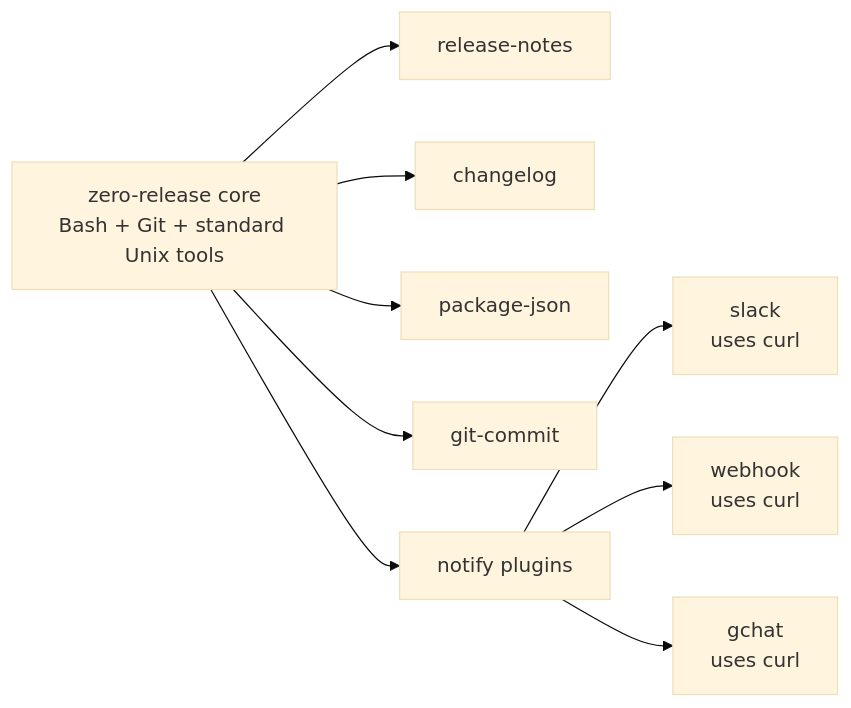
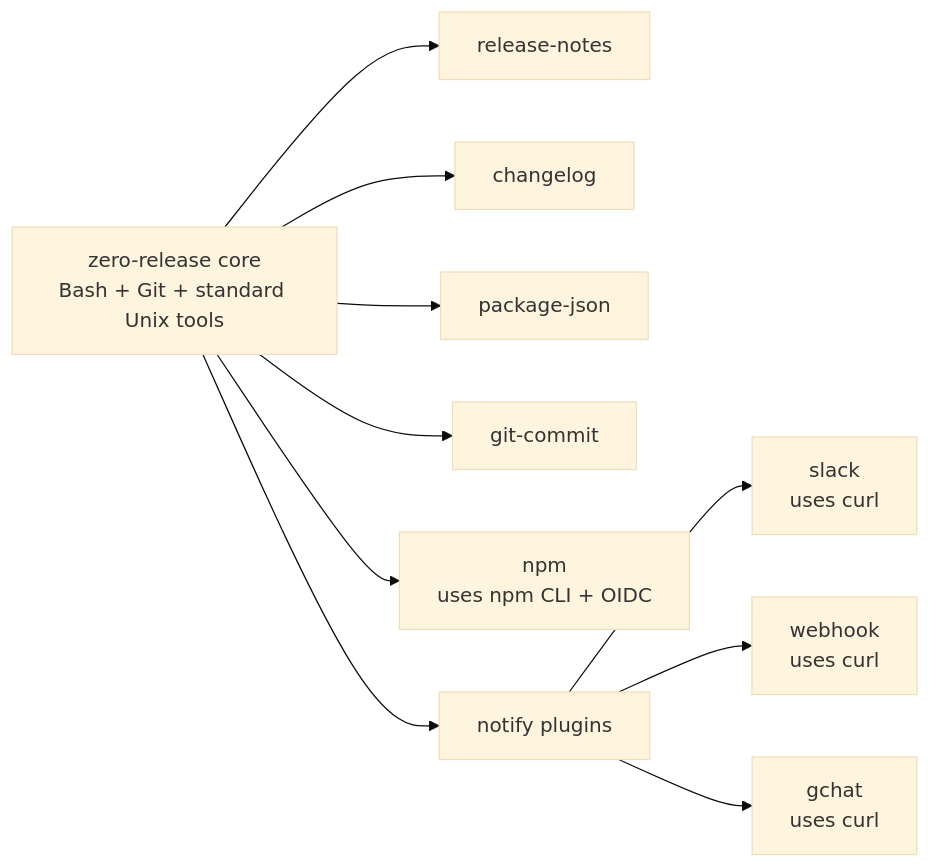
One commit to zero-release/zero-release changed the second of 2 diagrams in README.md. Above: the diagram before and after it, drawn with Mermaid (base theme). The commit also changed other lines of this file and 5 other files, not shown here.

````diff
--- a/README.md
+++ b/README.md
@@ -325,12 +380,13 @@
 ```mermaid
 flowchart LR
   Core[zero-release core<br/>Bash + Git + standard Unix tools] --> Notes[release-notes]
   Core --> Changelog[changelog]
   Core --> Package[package-json]
   Core --> Commit[git-commit]
+  Core --> Npm[npm<br/>uses npm CLI + OIDC]
   Core --> Notify[notify plugins]
 
   Notify --> Slack[slack<br/>uses curl]
   Notify --> Webhook[webhook<br/>uses curl]
   Notify --> GChat[gchat<br/>uses curl]
 ```
````
